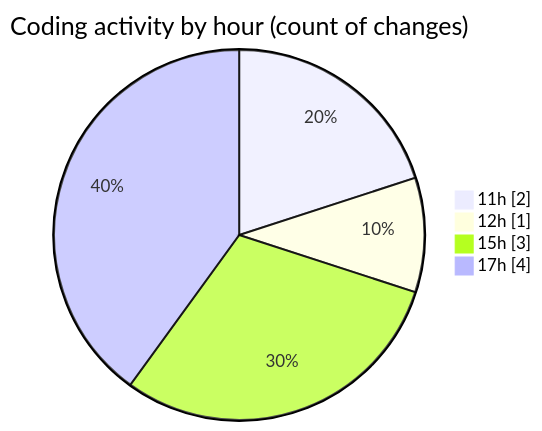
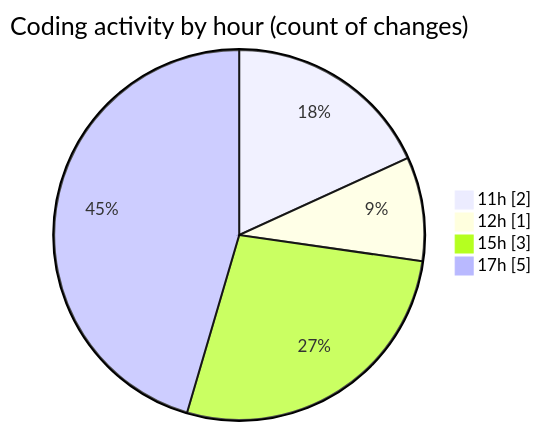
One commit to nxtqubesakshisongat/code-tracking changed the second of 2 diagrams in 2026-06-15/nxtqube_webapp/README.md. Above: the diagram before and after it, drawn with Mermaid. The commit also changed other lines of this file and 1 other file, not shown here.

````diff
--- a/2026-06-15/nxtqube_webapp/README.md
+++ b/2026-06-15/nxtqube_webapp/README.md
@@ -30,8 +30,8 @@
 ```mermaid
 pie showData
 title Coding activity by hour (count of changes)
 "11h" : 2
 "12h" : 1
 "15h" : 3
-"17h" : 4
+"17h" : 5
 ```
````
